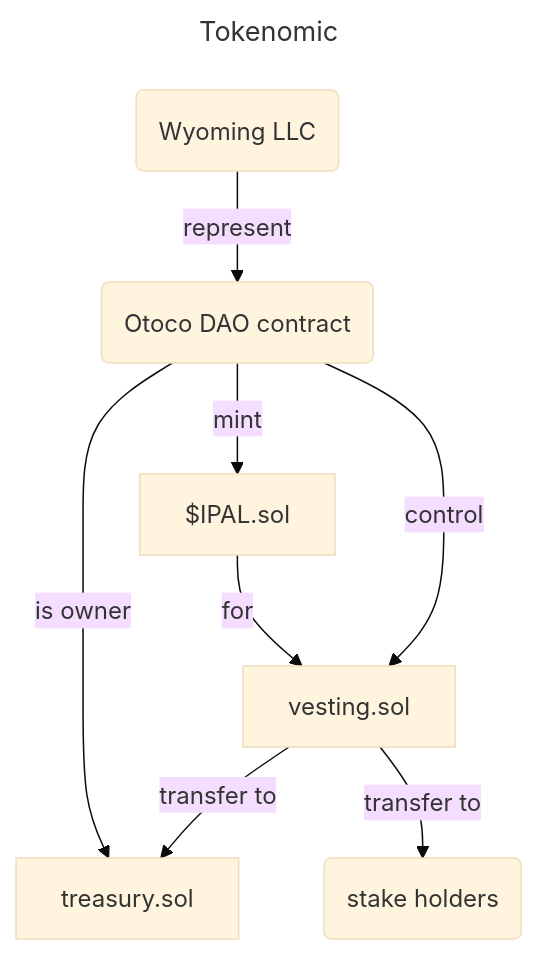
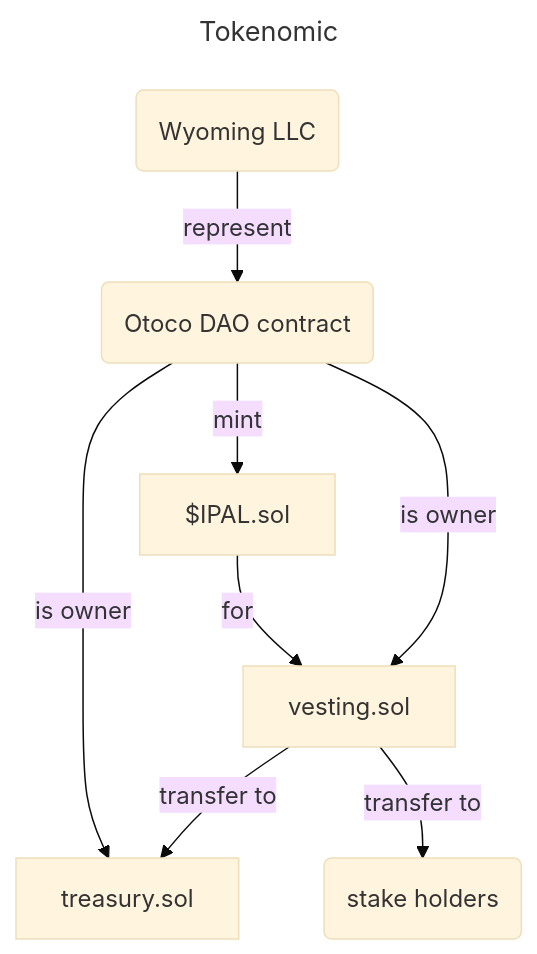
The diagram in README.md (cromatikap/ipal-contracts), drawn with Mermaid (base theme) before and after one commit.

````diff
--- a/README.md
+++ b/README.md
@@ -5,13 +5,13 @@
 ```mermaid
 ---
 title: Tokenomic
 ---
 flowchart TD
     llc("Wyoming LLC") --"represent"--> otoco
     otoco(Otoco DAO contract) --"is owner"--> treasury.sol
     otoco --"mint"--> $IPAL.sol
     $IPAL.sol --"for"--> vesting.sol
-    otoco --"control"--> vesting.sol
+    otoco --"is owner"--> vesting.sol
     vesting.sol --"transfer to"--> treasury.sol
     vesting.sol --"transfer to"--> stakeholders(stake holders)
 ```
````
